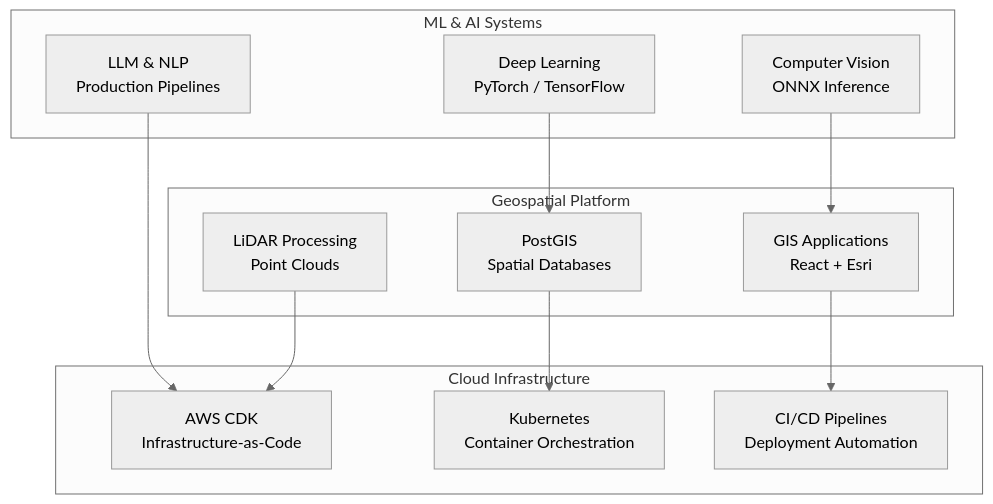
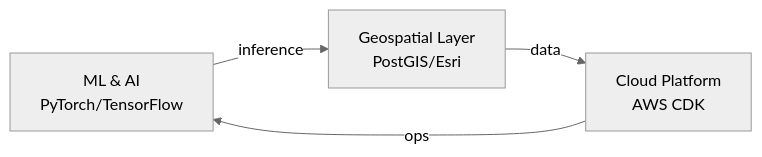
Before and after one commit to DBishal13/dbishal13: the diagram in README.md, drawn with Mermaid (neutral theme). The commit also changed other lines of this file, not shown here.

````diff
--- a/README.md
+++ b/README.md
@@ -45,27 +48,6 @@
 ```mermaid
-graph TB
-    subgraph "ML & AI Systems"
-        A1["Deep Learning<br/>PyTorch / TensorFlow"] 
-        A2["Computer Vision<br/>ONNX Inference"]
-        A3["LLM & NLP<br/>Production Pipelines"]
-    end
-    
-    subgraph "Geospatial Platform"
-        B1["PostGIS<br/>Spatial Databases"]
-        B2["GIS Applications<br/>React + Esri"]
-        B3["LiDAR Processing<br/>Point Clouds"]
-    end
-    
-    subgraph "Cloud Infrastructure"
-        C1["AWS CDK<br/>Infrastructure-as-Code"]
-        C2["Kubernetes<br/>Container Orchestration"]
-        C3["CI/CD Pipelines<br/>Deployment Automation"]
-    end
-    
-    A1 --> B1
-    A2 --> B2
-    A3 --> C1
-    B1 --> C2
-    B2 --> C3
-    B3 --> C1
+graph LR
+    A["ML & AI<br/>PyTorch/TensorFlow"] -->|inference| B["Geospatial Layer<br/>PostGIS/Esri"]
+    B -->|data| C["Cloud Platform<br/>AWS CDK"]
+    C -->|ops| A
 ```
````
